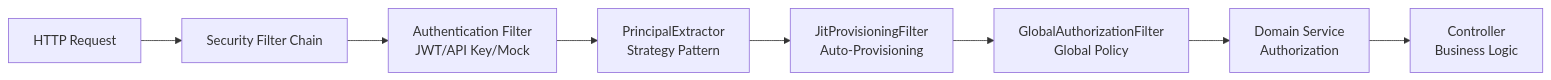
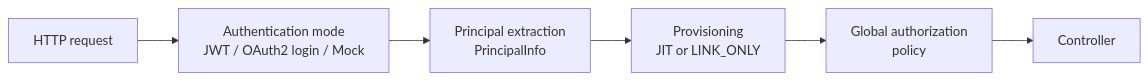
The diagram in docs/src/concepts/authentication.md (Decathlon/internal-developer-platform), drawn with Mermaid before and after one commit. The commit also changed other lines of this file, not shown here.

Commit message:
GLOBAL RBAC - update right matrix and principal provisioning

````diff
--- a/docs/src/concepts/authentication.md
+++ b/docs/src/concepts/authentication.md
@@ -14,10 +9,8 @@
 ```mermaid
-graph LR
-    A["HTTP Request"] --> B["Security Filter Chain"]
-    B --> C["Authentication Filter<br/>JWT/API Key/Mock"]
-    C --> D["PrincipalExtractor<br/>Strategy Pattern"]
-    D --> E["JitProvisioningFilter<br/>Auto-Provisioning"]
-    E --> F["GlobalAuthorizationFilter<br/>Global Policy"]
-    F --> G["Domain Service<br/>Authorization"]
-    G --> H["Controller<br/>Business Logic"]
+flowchart LR
+    A[HTTP request] --> B[Authentication mode<br/>JWT / OAuth2 login / Mock]
+    B --> C[Principal extraction<br/>PrincipalInfo]
+    C --> D[Provisioning<br/>JIT or LINK_ONLY]
+    D --> E[Global authorization<br/>policy]
+    E --> F[Controller]
 ```
````
